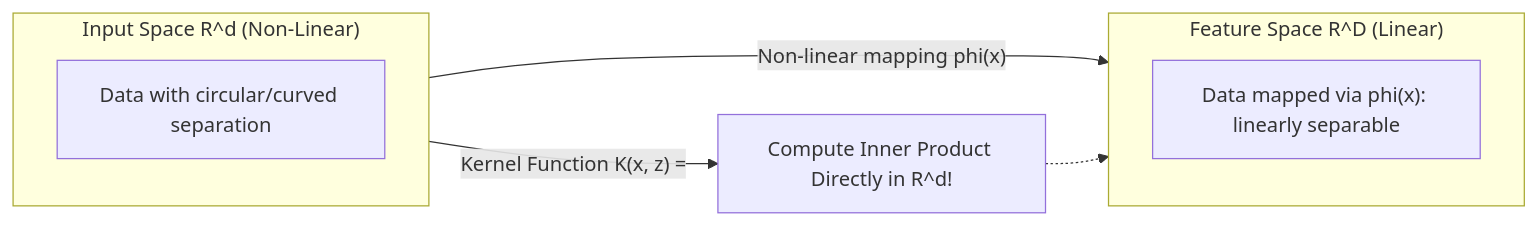
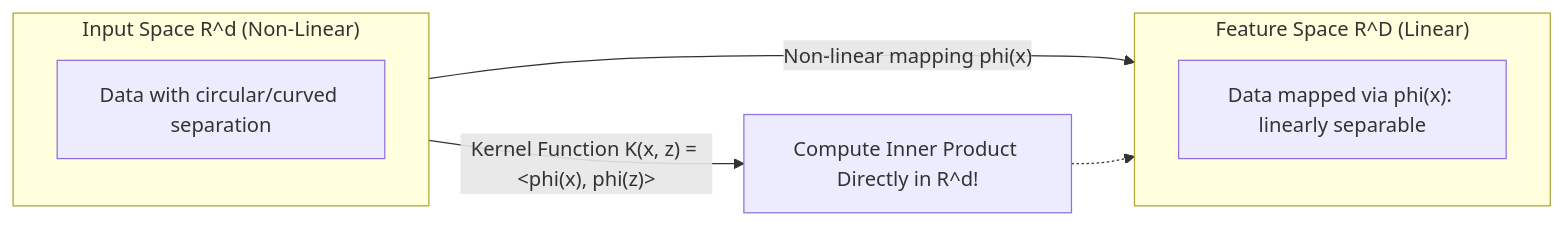
One commit to DeepLumiere/DeepSkills changed the fifth of 7 diagrams in notes/machine_learning/support_vector_machines.md. Above: the diagram before and after it, drawn with Mermaid. The commit also changed other lines of this file and 56 other files, not shown here.

````diff
--- a/notes/machine_learning/support_vector_machines.md
+++ b/notes/machine_learning/support_vector_machines.md
@@ -713,12 +713,12 @@
 ```mermaid
 flowchart LR
     subgraph InputSpace["Input Space R^d (Non-Linear)"]
         D1["Data with circular/curved separation"]
     end
     subgraph FeatureSpace["Feature Space R^D (Linear)"]
         D2["Data mapped via phi(x): linearly separable"]
     end
     InputSpace -->|"Non-linear mapping phi(x)"| FeatureSpace
-    InputSpace -->|"Kernel Function K(x, z) = <phi(x), phi(z)>"| Shortcut["Compute Inner Product Directly in R^d!"]
+    InputSpace -->|"Kernel Function K(x, z) = &lt;phi(x), phi(z)&gt;"| Shortcut["Compute Inner Product Directly in R^d!"]
     Shortcut -.-> FeatureSpace
 ```
````
